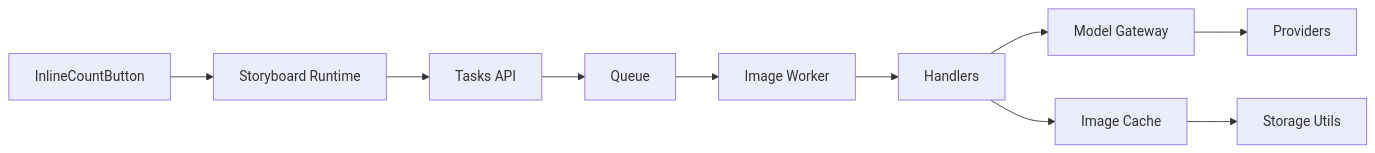
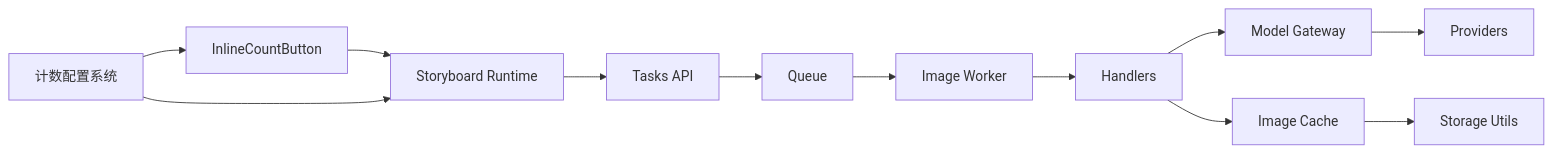
Before and after one commit to lyl2021/waoowaoo: the eighth of 8 diagrams in .qoder/repowiki/zh/content/小说推广工作流/图像生成集成.md, drawn with Mermaid. The commit also changed other lines of this file and 25 other files, not shown here.

First line of the commit message:
fix: 图片生成最高质量 4K 支持与 LLM 视觉调用网络修复

````diff
--- a/.qoder/repowiki/zh/content/小说推广工作流/图像生成集成.md
+++ b/.qoder/repowiki/zh/content/小说推广工作流/图像生成集成.md
@@ -384,12 +449,14 @@
 ```mermaid
 graph LR
 A["InlineCountButton"] --> B["Storyboard Runtime"]
 B --> C["Tasks API"]
 C --> D["Queue"]
 D --> E["Image Worker"]
 E --> F["Handlers"]
 F --> G["Model Gateway"]
 G --> H["Providers"]
 F --> I["Image Cache"]
 I --> J["Storage Utils"]
+K["计数配置系统"] --> A
+K --> B
 ```
````
